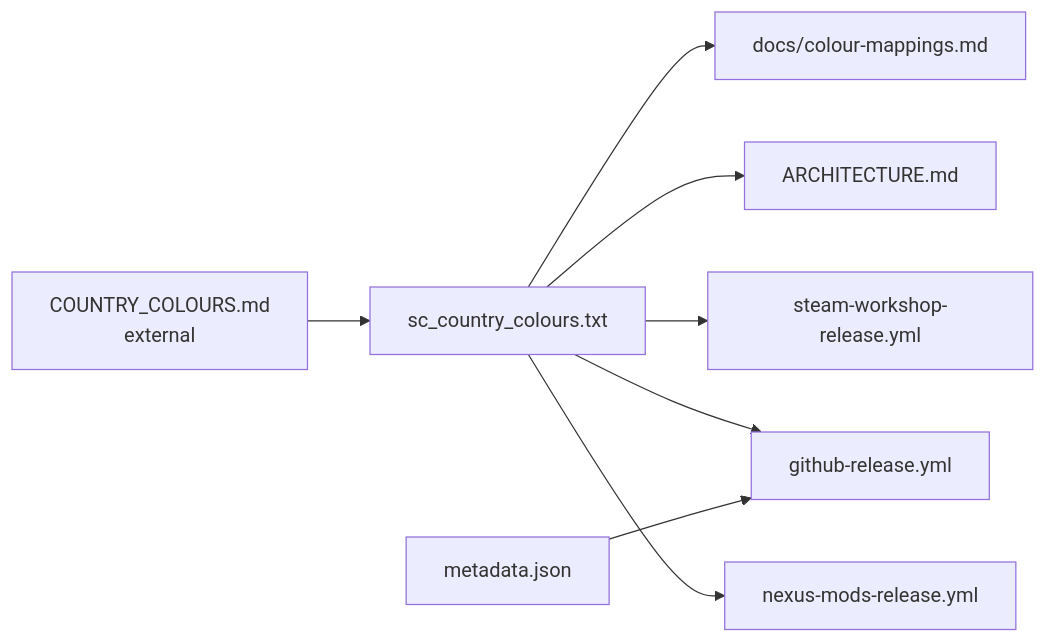
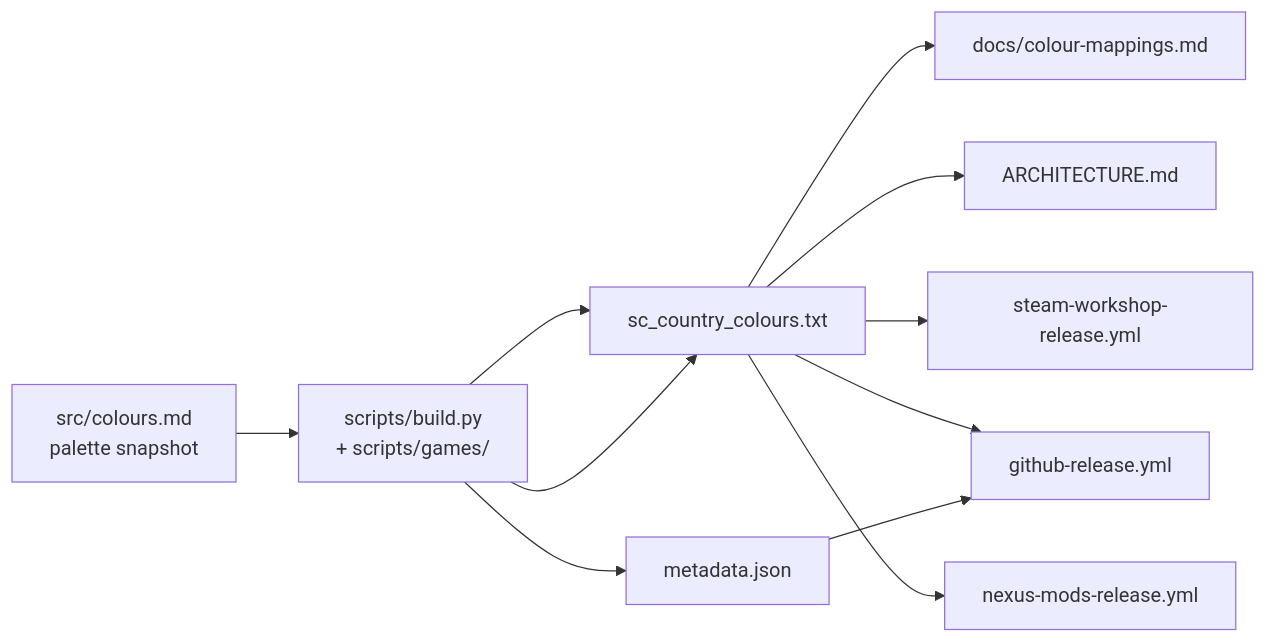
One commit to hmlendea/standardised-country-colours changed the diagram in docs/dependencies.md. Above: the diagram before and after it, drawn with Mermaid. The commit also changed other lines of this file and 34 other files, not shown here.

Commit message:
dev: Added a modular, multi-game build system

````diff
--- a/docs/dependencies.md
+++ b/docs/dependencies.md
@@ -34,10 +34,13 @@
 ```mermaid
 flowchart LR
-  Palette["COUNTRY_COLOURS.md<br/>external"] --> Content["sc_country_colours.txt"]
+  Palette["src/colours.md<br/>palette snapshot"] --> Build["scripts/build.py<br/>+ scripts/games/<game>"]
+  Build --> Content["sc_country_colours.txt"]
+  Build --> Meta["metadata.json"]
+  Build --> Content
   Content --> Docs["docs/colour-mappings.md"]
   Content --> RootArch["ARCHITECTURE.md"]
-  Meta["metadata.json"] --> Release["github-release.yml"]
+  Meta --> Release["github-release.yml"]
   Content --> Release
   Content --> Workshop["steam-workshop-release.yml"]
   Content --> Nexus["nexus-mods-release.yml"]
 ```
````
